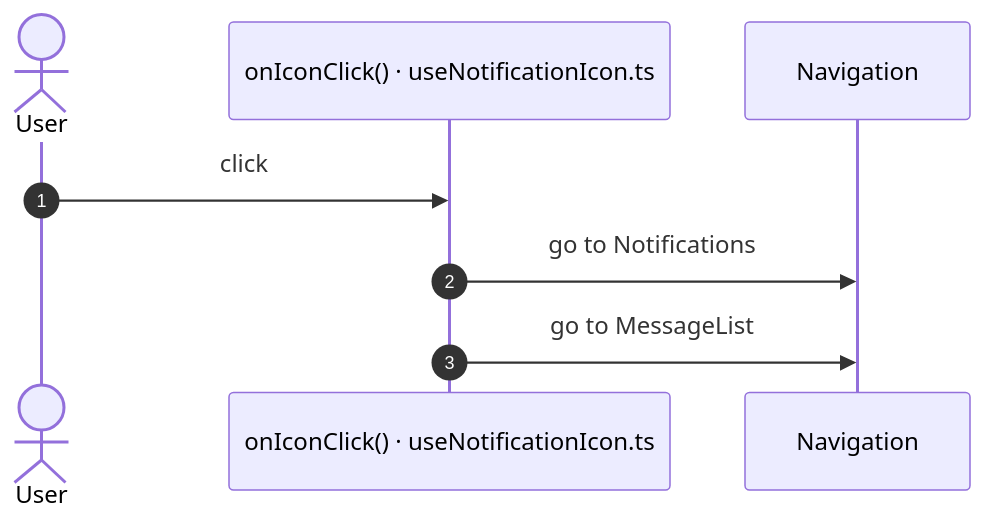
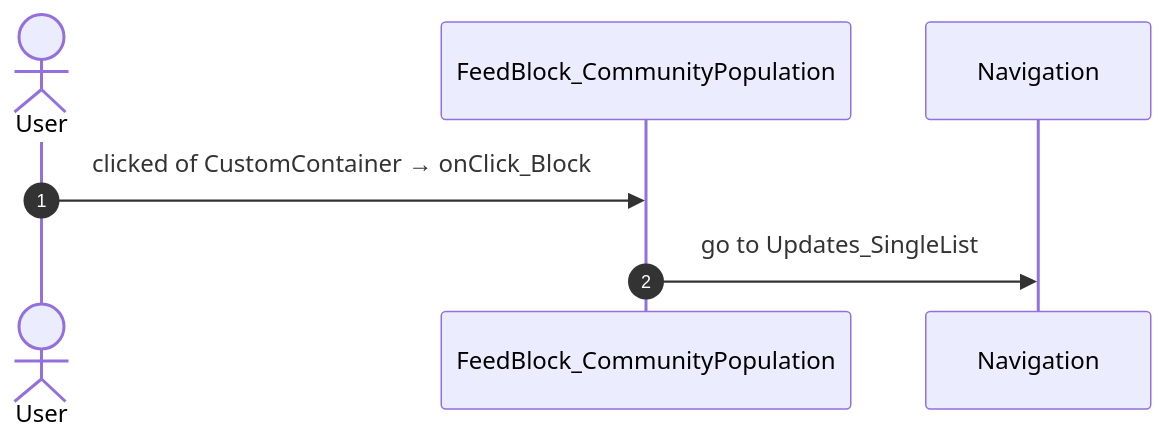
The eighth of 51 diagrams in migration/route-actions/HomeFeed.md (Phoenix-DX/connect-new-ui), drawn with Mermaid before and after one commit. The commit also changed other lines of this file and 9 other files, not shown here.

Commit message:
route actions: facts only; user actions as two independent lists (OutSystems view bindings, React JSX bindings) with Mermaid sequences; factual call columns (direct caller, chains, React references); app shell by definition (survey shell, main.tsx code); constants read for React paths

````diff
--- a/migration/route-actions/HomeFeed.md
+++ b/migration/route-actions/HomeFeed.md
@@ -315,10 +271,9 @@
 ```mermaid
 sequenceDiagram
   autonumber
   actor U as User
-  participant H as onIconClick() · useNotificationIcon.ts
+  participant B as FeedBlock_CommunityPopulation
   participant N as Navigation
-  U->>H: click
-  H->>N: go to Notifications
-  H->>N: go to MessageList
+  U->>B: clicked of CustomContainer → onClick_Block
+  B->>N: go to Updates_SingleList
 ```
````
